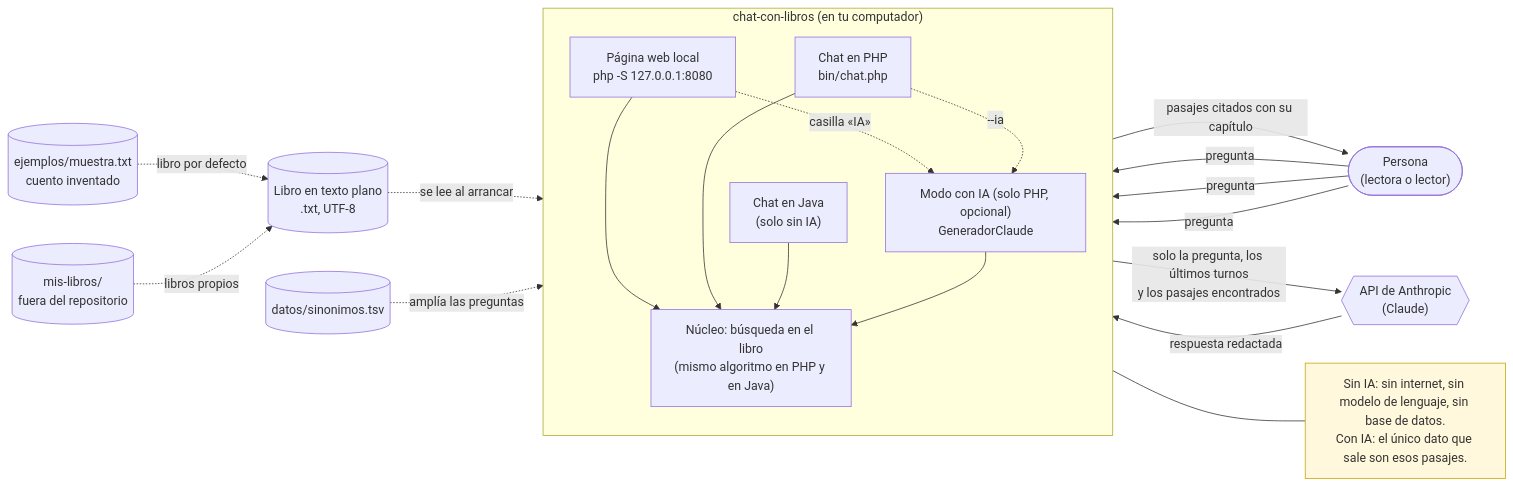
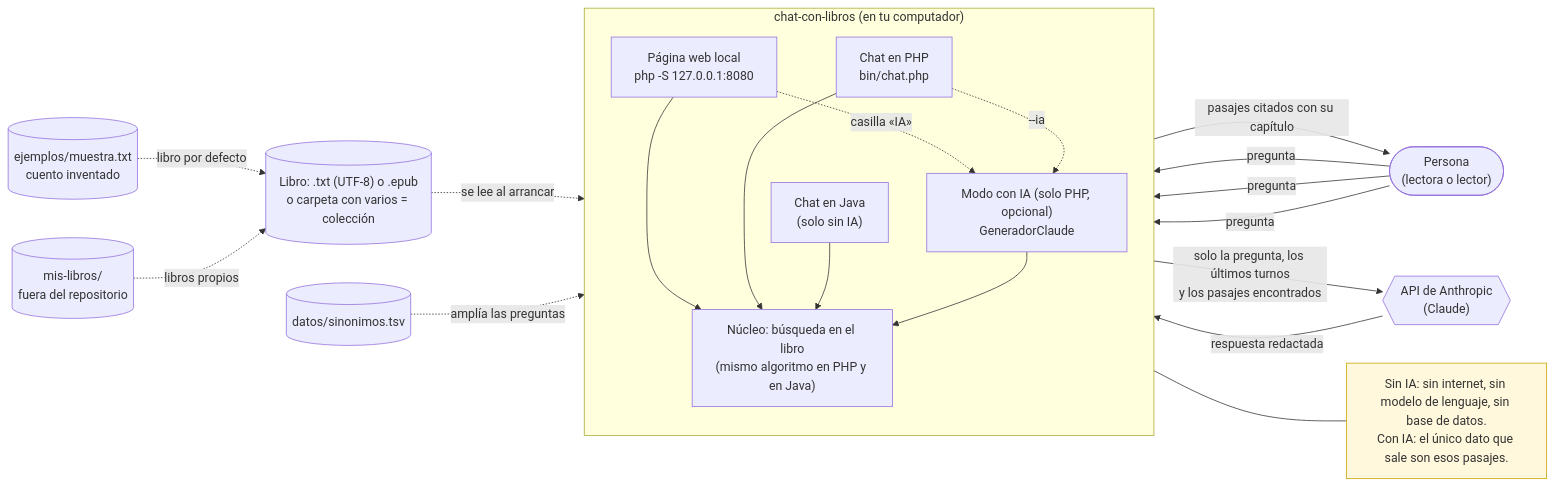
The diagram in chat-con-libros/docs/contexto.mmd (lol-protocol/php), drawn with Mermaid before and after one commit. The commit also changed 23 other files, not shown here.

```diff
--- a/chat-con-libros/docs/contexto.mmd
+++ b/chat-con-libros/docs/contexto.mmd
@@ -1,40 +1,40 @@
 %% Contexto del sistema: quién lo usa y con qué datos trabaja.
 flowchart LR
     persona(["Persona<br/>(lectora o lector)"])
 
     subgraph sistema["chat-con-libros (en tu computador)"]
         direction TB
         web["Página web local<br/>php -S 127.0.0.1:8080"]
         php["Chat en PHP<br/>bin/chat.php"]
         java["Chat en Java<br/>(solo sin IA)"]
         nucleo["Núcleo: búsqueda en el libro<br/>(mismo algoritmo en PHP y en Java)"]
         ia["Modo con IA (solo PHP, opcional)<br/>GeneradorClaude"]
         web --> nucleo
         php --> nucleo
         java --> nucleo
         web -. "casilla «IA»" .-> ia
         php -. "--ia" .-> ia
         ia --> nucleo
     end
 
-    libro[("Libro en texto plano<br/>.txt, UTF-8")]
+    libro[("Libro: .txt (UTF-8) o .epub<br/>o carpeta con varios = colección")]
     muestra[("ejemplos/muestra.txt<br/>cuento inventado")]
     personales[("mis-libros/<br/>fuera del repositorio")]
     sin[("datos/sinonimos.tsv")]
     anthropic{{"API de Anthropic<br/>(Claude)"}}
 
     persona -- "pregunta" --> web
     persona -- "pregunta" --> php
     persona -- "pregunta" --> java
     nucleo -- "pasajes citados con su capítulo" --> persona
     libro -. "se lee al arrancar" .-> nucleo
     muestra -. "libro por defecto" .-> libro
     personales -. "libros propios" .-> libro
     sin -. "amplía las preguntas" .-> nucleo
     ia -- "solo la pregunta, los últimos turnos<br/>y los pasajes encontrados" --> anthropic
     anthropic -- "respuesta redactada" --> ia
 
     nota["Sin IA: sin internet, sin modelo de lenguaje, sin base de datos.<br/>Con IA: el único dato que sale son esos pasajes."]:::nota
     sistema --- nota
 
     classDef nota fill:#fff8dc,stroke:#c9a400,color:#333;
```
